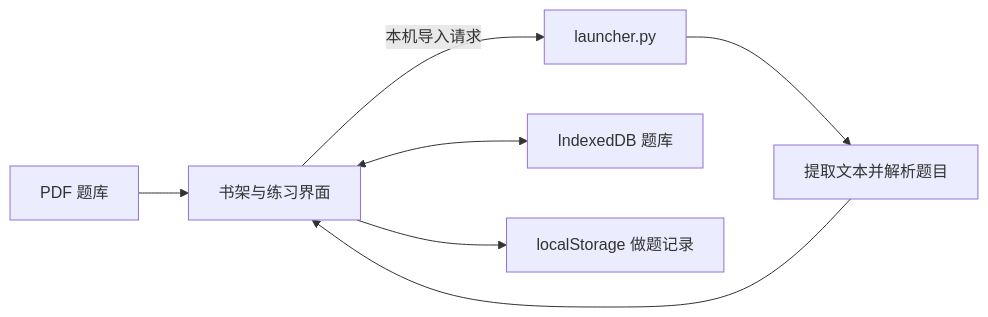
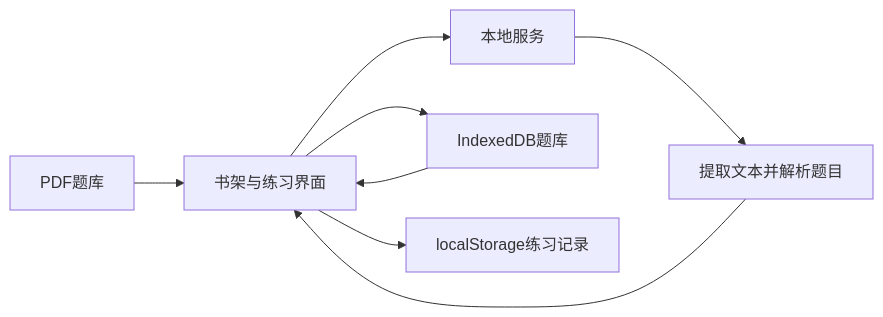
Before and after one commit to cfn0324/cfn0324.github.io: the third of 3 diagrams in source/_posts/Post14.md, drawn with Mermaid. The commit also changed other lines of this file, not shown here.

Commit message:
Fix Mermaid diagrams for version 8

````diff
--- a/source/_posts/Post14.md
+++ b/source/_posts/Post14.md
@@ -46,9 +47,10 @@
 ```mermaid
-flowchart LR
-    PDF[PDF 题库] --> UI[书架与练习界面]
-    UI -->|本机导入请求| Server[launcher.py]
+graph LR
+    PDF[PDF题库] --> UI[书架与练习界面]
+    UI --> Server[本地服务]
     Server --> Extract[提取文本并解析题目]
     Extract --> UI
-    UI <--> Bank[IndexedDB 题库]
-    UI --> Progress[localStorage 做题记录]
+    UI --> Bank[IndexedDB题库]
+    Bank --> UI
+    UI --> Progress[localStorage练习记录]
 ```
````
